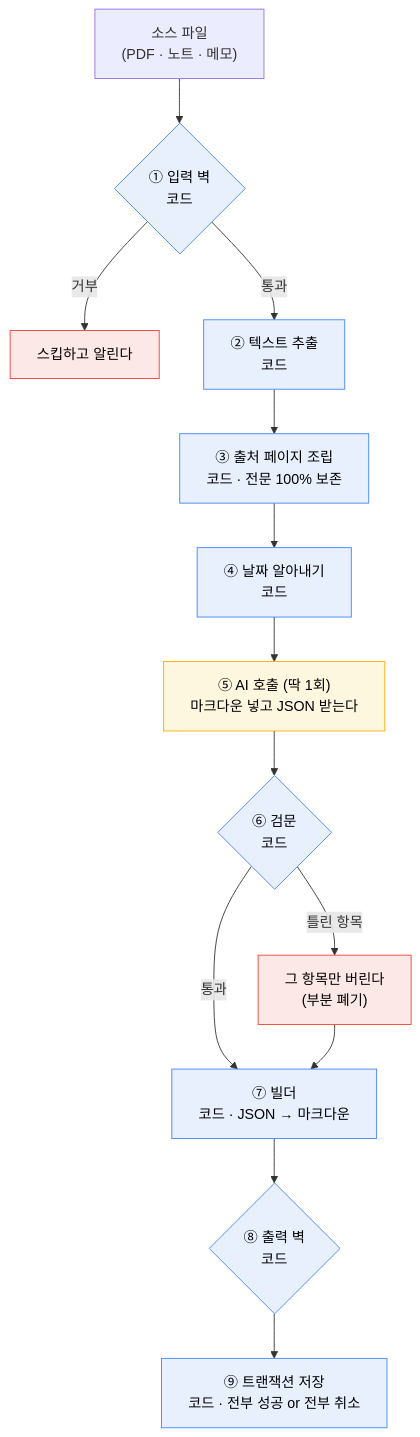
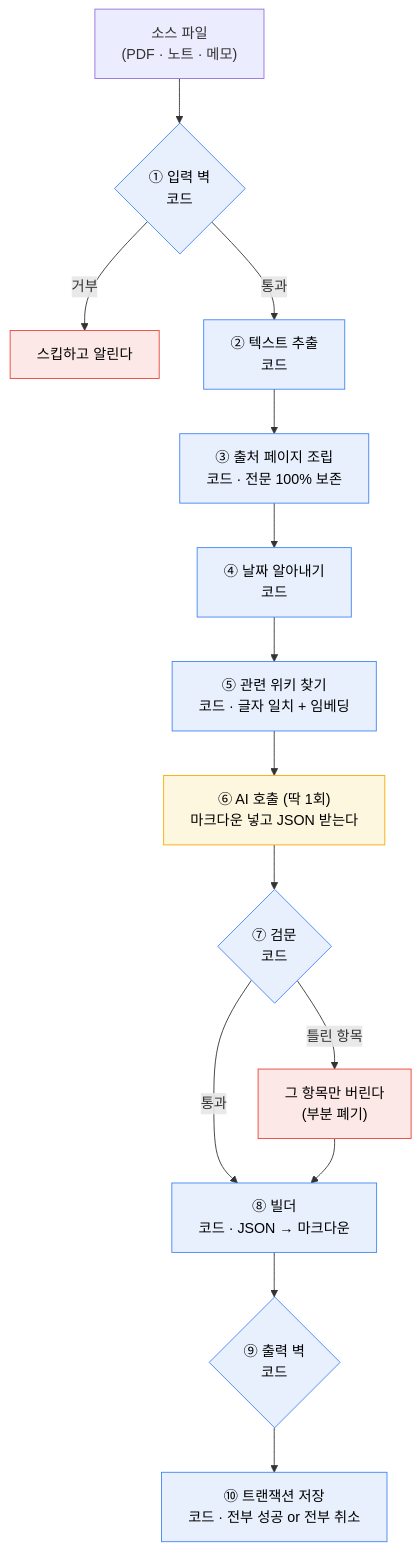
Before and after one commit to gosu1/piecepool-desktop: the diagram in docs/파이프라인-설명서.md, drawn with Mermaid. The commit also changed other lines of this file and 2 other files, not shown here.

````diff
--- a/docs/파이프라인-설명서.md
+++ b/docs/파이프라인-설명서.md
@@ -21,22 +21,23 @@
 ```mermaid
 flowchart TD
     A["소스 파일<br/>(PDF · 노트 · 메모)"] --> B{"① 입력 벽<br/>코드"}
     B -->|거부| BX["스킵하고 알린다"]
     B -->|통과| C["② 텍스트 추출<br/>코드"]
     C --> D["③ 출처 페이지 조립<br/>코드 · 전문 100% 보존"]
     D --> E["④ 날짜 알아내기<br/>코드"]
-    E --> F["⑤ AI 호출 (딱 1회)<br/>마크다운 넣고 JSON 받는다"]
-    F --> G{"⑥ 검문<br/>코드"}
+    E --> P["⑤ 관련 위키 찾기<br/>코드 · 글자 일치 + 임베딩"]
+    P --> F["⑥ AI 호출 (딱 1회)<br/>마크다운 넣고 JSON 받는다"]
+    F --> G{"⑦ 검문<br/>코드"}
     G -->|"틀린 항목"| GX["그 항목만 버린다<br/>(부분 폐기)"]
-    G -->|통과| H["⑦ 빌더<br/>코드 · JSON → 마크다운"]
+    G -->|통과| H["⑧ 빌더<br/>코드 · JSON → 마크다운"]
     GX --> H
-    H --> I{"⑧ 출력 벽<br/>코드"}
-    I --> J["⑨ 트랜잭션 저장<br/>코드 · 전부 성공 or 전부 취소"]
+    H --> I{"⑨ 출력 벽<br/>코드"}
+    I --> J["⑩ 트랜잭션 저장<br/>코드 · 전부 성공 or 전부 취소"]
 
     classDef code fill:#e8f0fe,stroke:#4285f4,color:#000
     classDef ai fill:#fef7e0,stroke:#f9ab00,color:#000
     classDef stop fill:#fce8e6,stroke:#ea4335,color:#000
-    class B,C,D,E,G,H,I,J code
+    class B,C,D,E,P,G,H,I,J code
     class F ai
     class BX,GX stop
 ```
````
